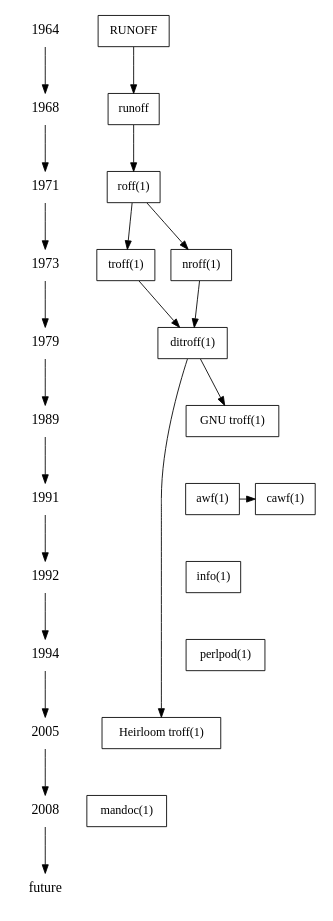
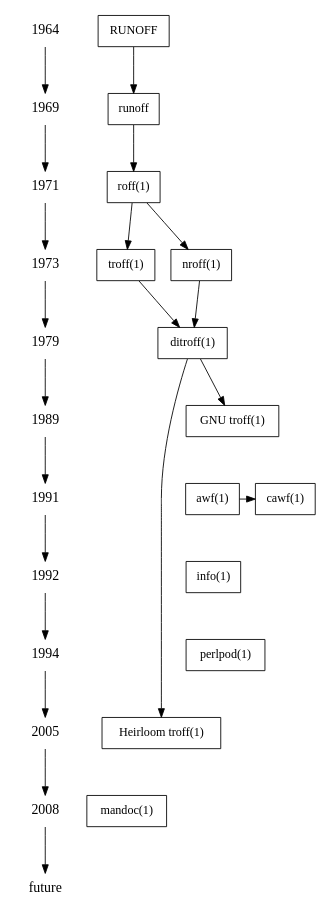
The diagram in apps.dot (kristapsdz/manpages), drawn with Graphviz before and after one commit. The commit also changed 1 other file, not shown here.

```diff
--- a/apps.dot
+++ b/apps.dot
@@ -1,64 +1,64 @@
 digraph manpages {
 	ranksep=.75; size = "7.5,7.5";
 
 	{
 		node [shape=plaintext, fontsize=16];
-		1964 -> 1968 -> 1971 -> 1973 -> 1979 -> 
+		1964 -> 1969 -> 1971 -> 1973 -> 1979 -> 
 		1989 -> 1991 -> 1992 -> 1994 -> 2005 -> 
 		2008 -> "future";
 	}
 
 	node [shape=box];
 
 	roff [label="roff(1)"];
 
 	/* Jerry Saltzer, MIT CTSS. */
 	runoff1 [label="RUNOFF" URL="http://mit.edu/saltzer/www/publications/ctss/"]; 
 
 	/* Doug McIlroy, Multics (language: BCPL). */
 	runoff2 [label="runoff"]; 
 
 	/* Kristaps Dzonsons (language: C). */
 	mandoc [label="mandoc(1)" URL="http://mdocml.bsd.lv"]; 
 
 	/* Re-licensing (for OpenSolaris) of Sun's troff (language: C), deriving from UNIX ditroff. */
 	htroff [label="Heirloom troff(1)" URL="http://heirloom.sourceforge.net/doctools.html"]; 
 
 	/* GNU re-write of UNIX ditroff, James Clarke (language: C++). */
 	groff [label="GNU troff(1)" URL="http://www.gnu.org/s/groff/"];
 
 	/* Harry Spender (language: awk). */
 	awf [label="awf(1)" URL="http://ftp.sunet.se/pub/usenet/ftp.uu.net/comp.sources.unix/volume24/"];
 
 	/* Vic Abell (language: C). */
 	cawf [label="cawf(1)" URL="http://www.tux.org/pub/sites/vic.cc.purdue.edu/"];
 
 	/* Larry Wall, Perl 5.0 (language: Perl). */
 	perlpod [label="perlpod(1)" URL="http://perldoc.perl.org/perlpod.html"];
 
 	/* Richard Stallman, GNU (language: C). */
 	info [label="info(1)" URL="http://www.gnu.org/s/texinfo/"];
 
 	/* Brian Kernighan, Version 7 AT&T UNIX (language: C). */
 	ditroff [label="ditroff(1)" URL="http://minnie.tuhs.org/cgi-bin/utree.pl?file=V7/usr/src/cmd/troff"];
 	
 	{ rank = same; 1964 runoff1; }
-	{ rank = same; 1968 runoff2; }
+	{ rank = same; 1969 runoff2; }
 	{ rank = same; 1971 roff };
 	{ rank = same; 1973; "troff(1)" "nroff(1)"; }
 	{ rank = same; 1979; ditroff; }
 	{ rank = same; 1989 groff; }
 	{ rank = same; 1991 awf cawf; }
 	{ rank = same; 1992 info; }
 	{ rank = same; 1994 perlpod; }
 	{ rank = same; 2005 htroff; }
 	{ rank = same; 2008 mandoc; }
 
 	runoff1 -> runoff2 -> roff;
 	roff -> "nroff(1)";
 	roff -> "troff(1)";
 	{ "nroff(1)" "troff(1)" } -> ditroff;
 	ditroff -> groff;
 	ditroff -> htroff;
 	awf -> cawf;
 }
```
